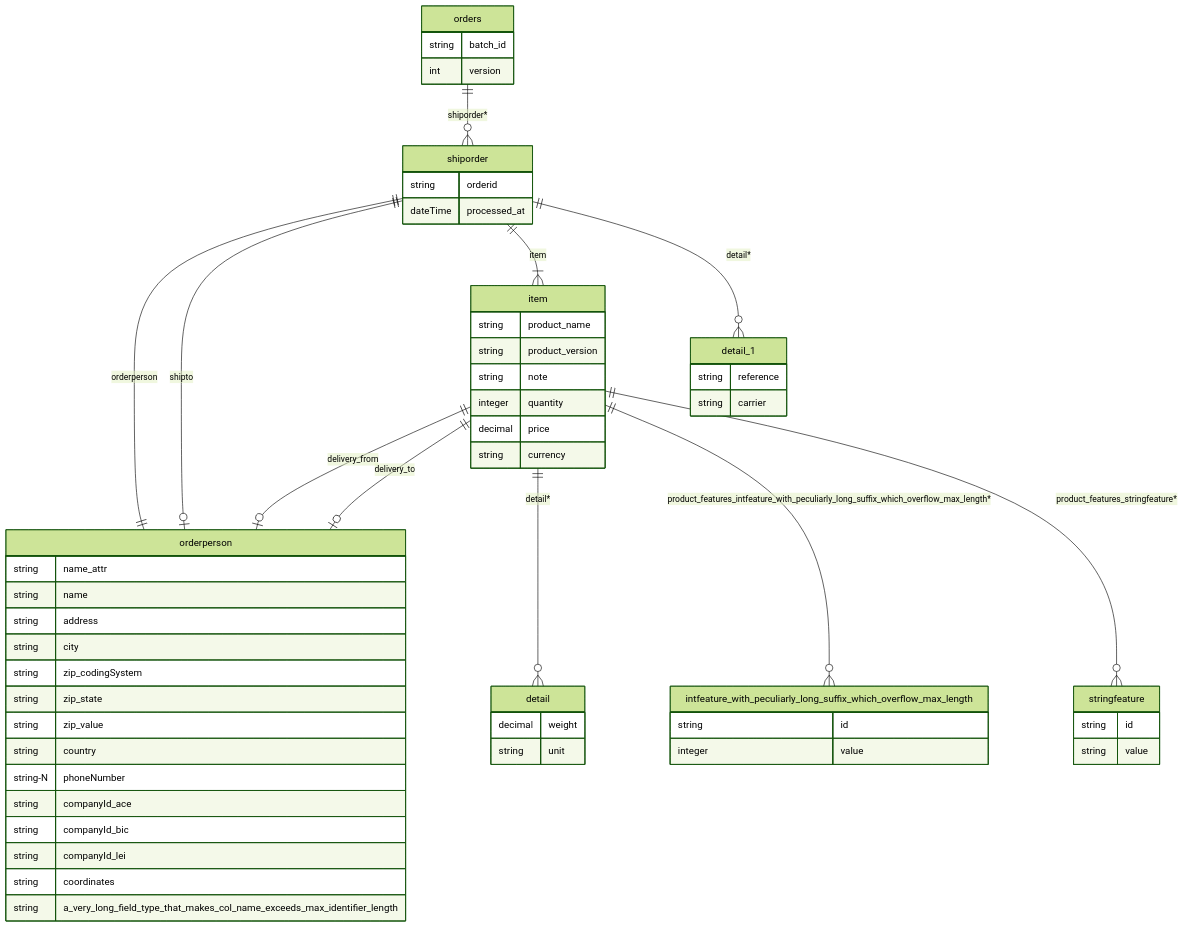
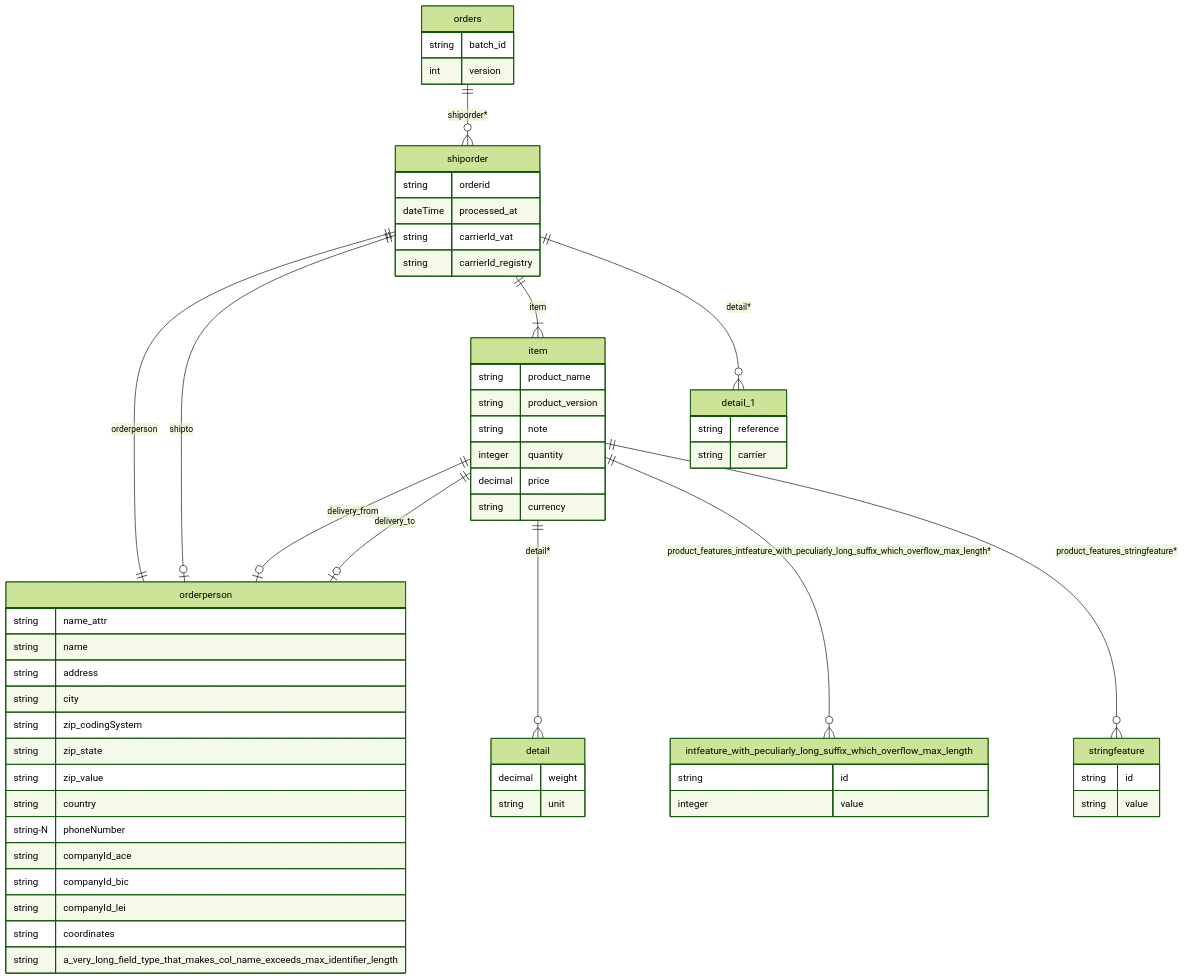
Before and after one commit to cre-dev/xml2db: the diagram in tests/sample_models/orders/orders_erd_version1.md, drawn with Mermaid (forest theme). The commit also changed 20 other files, not shown here.

````diff
--- a/tests/sample_models/orders/orders_erd_version1.md
+++ b/tests/sample_models/orders/orders_erd_version1.md
@@ -1,61 +1,63 @@
 ```mermaid
 erDiagram
     item ||--o| orderperson : "delivery_from"
     item ||--o| orderperson : "delivery_to"
     item ||--o{ detail : "detail*"
     item ||--o{ intfeature_with_peculiarly_long_suffix_which_overflow_max_length : "product_features_intfeature_with_peculiarly_long_suffix_which_overflow_max_length*"
     item ||--o{ stringfeature : "product_features_stringfeature*"
     item {
         string product_name
         string product_version
         string note
         integer quantity
         decimal price
         string currency
     }
     orders ||--o{ shiporder : "shiporder*"
     orders {
         string batch_id
         int version
     }
     shiporder ||--|| orderperson : "orderperson"
     shiporder ||--o| orderperson : "shipto"
     shiporder ||--|{ item : "item"
     shiporder ||--o{ detail_1 : "detail*"
     shiporder {
         string orderid
         dateTime processed_at
+        string carrierId_vat
+        string carrierId_registry
     }
     stringfeature {
         string id
         string value
     }
     intfeature_with_peculiarly_long_suffix_which_overflow_max_length {
         string id
         integer value
     }
     detail {
         decimal weight
         string unit
     }
     detail_1 {
         string reference
         string carrier
     }
     orderperson {
         string name_attr
         string name
         string address
         string city
         string zip_codingSystem
         string zip_state
         string zip_value
         string country
         string-N phoneNumber
         string companyId_ace
         string companyId_bic
         string companyId_lei
         string coordinates
         string a_very_long_field_type_that_makes_col_name_exceeds_max_identifier_length
     }
 ```
````
